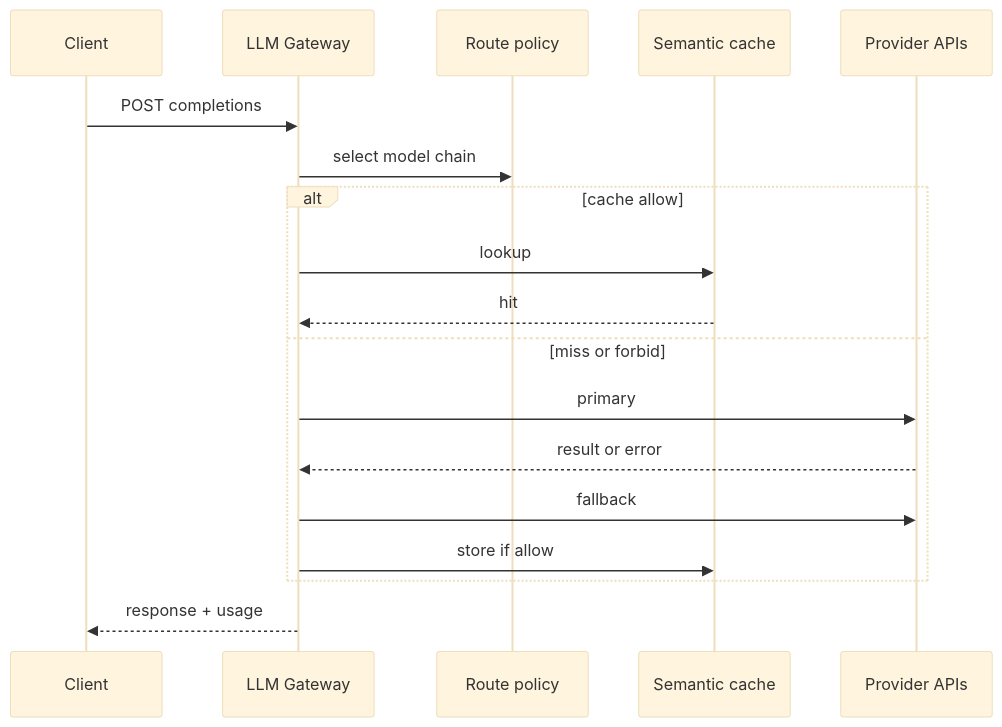
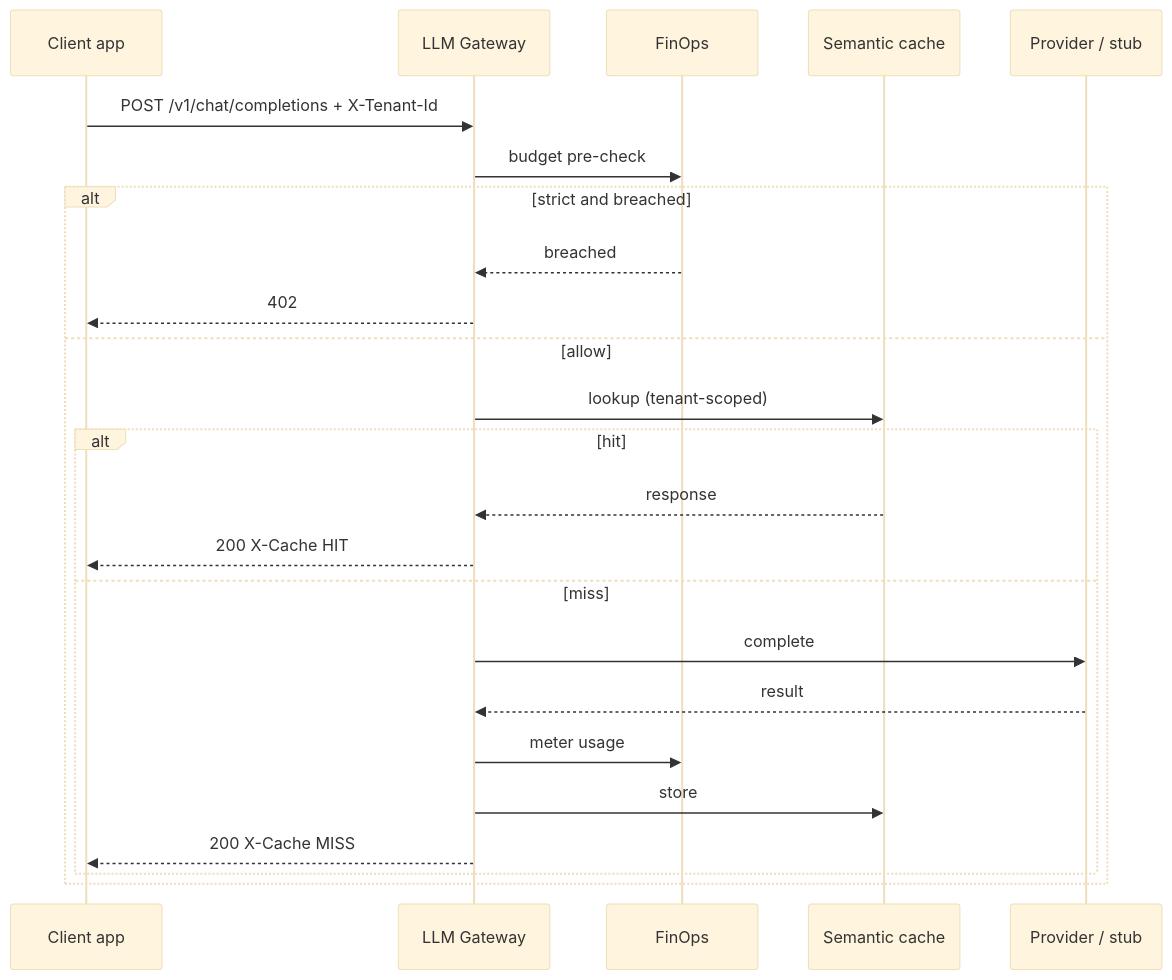
One commit to vpeetla-ai/ai-architect-interview-playbook changed the first of 2 diagrams in cloud-architecture/07-llm-gateway-semantic-cache-model-router.md. Above: the diagram before and after it, drawn with Mermaid (base theme). The commit also changed other lines of this file and 3 other files, not shown here.

First line of the commit message:
Rewrite cloud-architecture/07 for enterprise LLM gateway plane interviews.

````diff
--- a/cloud-architecture/07-llm-gateway-semantic-cache-model-router.md
+++ b/cloud-architecture/07-llm-gateway-semantic-cache-model-router.md
@@ -58,20 +71,26 @@
 ```mermaid
 sequenceDiagram
-  participant C as Client
+  participant C as Client app
   participant GW as LLM Gateway
-  participant Pol as Route policy
+  participant Fin as FinOps
   participant Cache as Semantic cache
-  participant Prov as Provider APIs
-  C->>GW: POST completions
-  GW->>Pol: select model chain
-  alt cache allow
-    GW->>Cache: lookup
-    Cache-->>GW: hit
-  else miss or forbid
-    GW->>Prov: primary
-    Prov-->>GW: result or error
-    GW->>Prov: fallback
-    GW->>Cache: store if allow
+  participant Prov as Provider / stub
+  C->>GW: POST /v1/chat/completions + X-Tenant-Id
+  GW->>Fin: budget pre-check
+  alt strict and breached
+    Fin-->>GW: breached
+    GW-->>C: 402
+  else allow
+    GW->>Cache: lookup (tenant-scoped)
+    alt hit
+      Cache-->>GW: response
+      GW-->>C: 200 X-Cache HIT
+    else miss
+      GW->>Prov: complete
+      Prov-->>GW: result
+      GW->>Fin: meter usage
+      GW->>Cache: store
+      GW-->>C: 200 X-Cache MISS
+    end
   end
-  GW-->>C: response + usage
 ```
````
